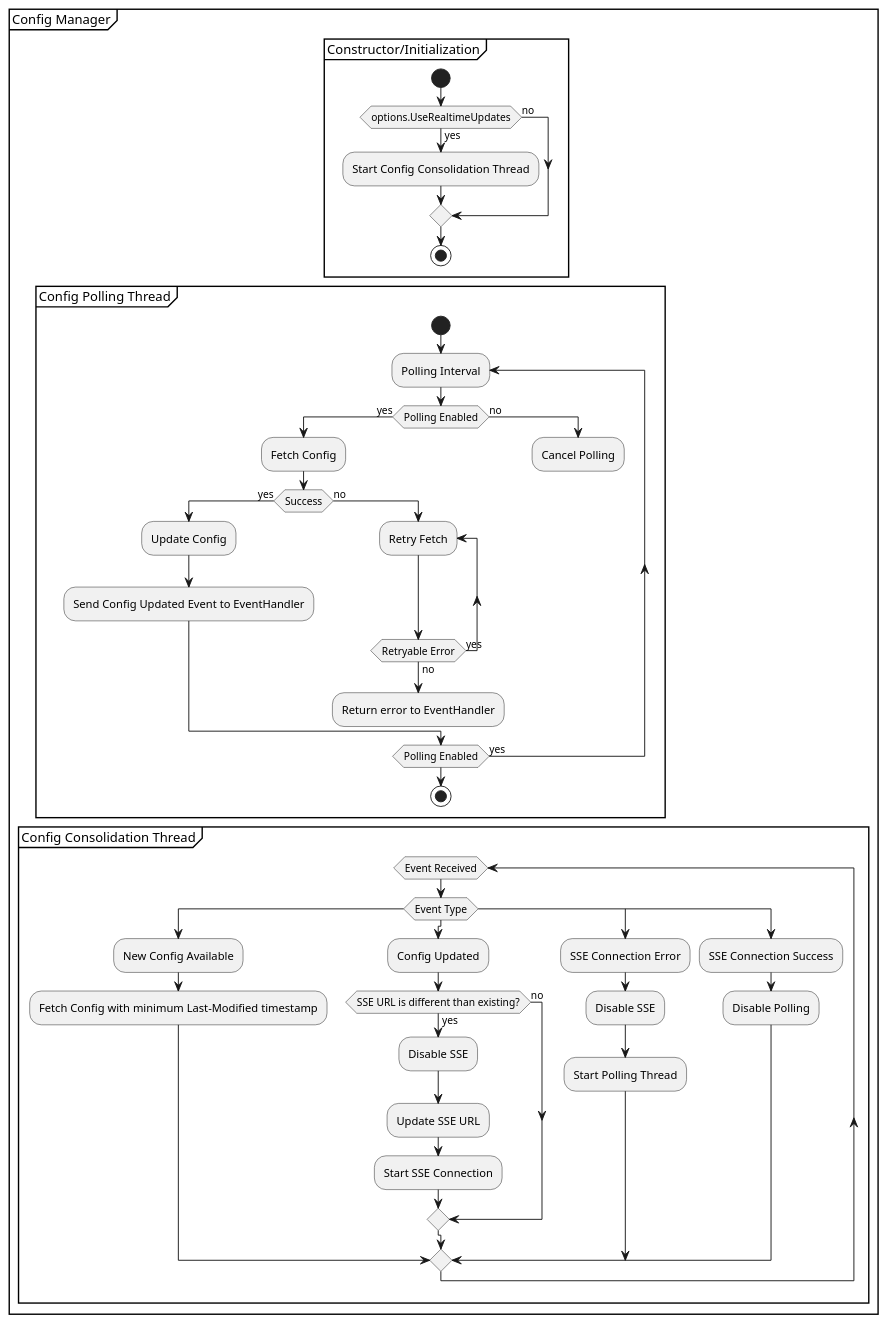
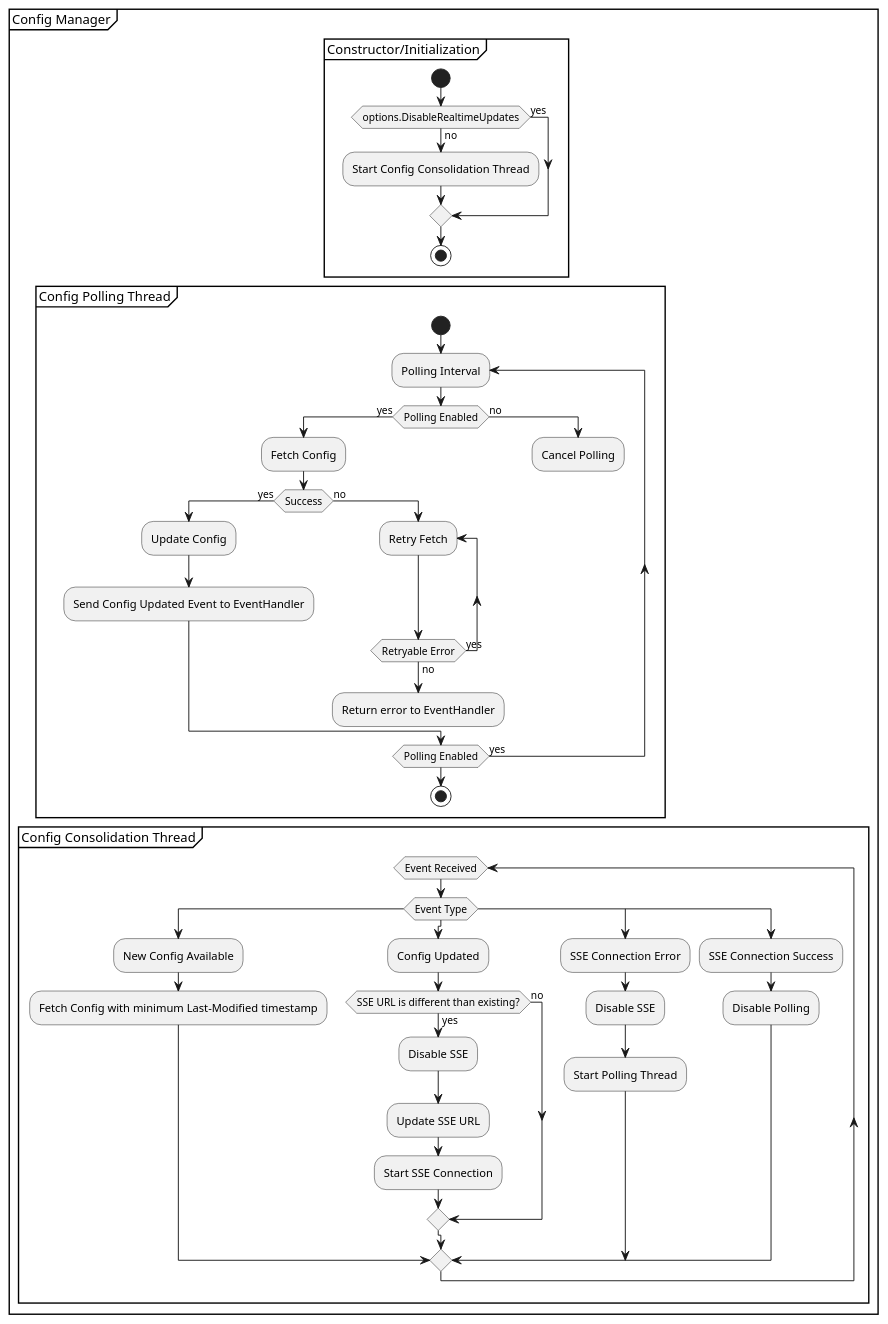
Before and after one commit to DevCycleHQ/devcycle-docs: the diagram in diagrams/config-manager.puml, drawn with PlantUML. The commit also changed 1 other file, not shown here.

```diff
--- a/diagrams/config-manager.puml
+++ b/diagrams/config-manager.puml
@@ -1,64 +1,64 @@
 @startuml
 'DevCycle Config Manager
 group Config Manager
 group Constructor/Initialization
 start
-    if (options.UseRealtimeUpdates) then (yes)
+    if (options.DisableRealtimeUpdates) then (no)
         :Start Config Consolidation Thread;
-    else (no)
+    else (yes)
     endif
 stop
 end group
 
 group Config Polling Thread
 start
     repeat :Polling Interval;
         if (Polling Enabled) then (yes)
             :Fetch Config;
             if (Success) then (yes)
                 :Update Config;
                 :Send Config Updated Event to EventHandler;
         else (no)
             repeat :Retry Fetch;
             repeat while (Retryable Error) is (yes) not (no)
             :Return error to EventHandler;
             kill
         endif
         else (no)
         :Cancel Polling;
         kill
         endif
     repeat while (Polling Enabled) is (yes)
 stop
 end group
 
 
 group Config Consolidation Thread
 
     while (Event Received)
     switch (Event Type)
         case ()
             :New Config Available;
             :Fetch Config with minimum Last-Modified timestamp;
         case ()
             :Config Updated;
             if (SSE URL is different than existing?) then (yes)
                 :Disable SSE;
                 :Update SSE URL;
                 :Start SSE Connection;
             else (no)
             endif
         case ()
             :SSE Connection Error;
             :Disable SSE;
             :Start Polling Thread;
         case ()
             :SSE Connection Success;
             :Disable Polling;
     endswitch
   endwhile
   -[hidden]->
   detach
 end group
 end group
 @enduml
```
